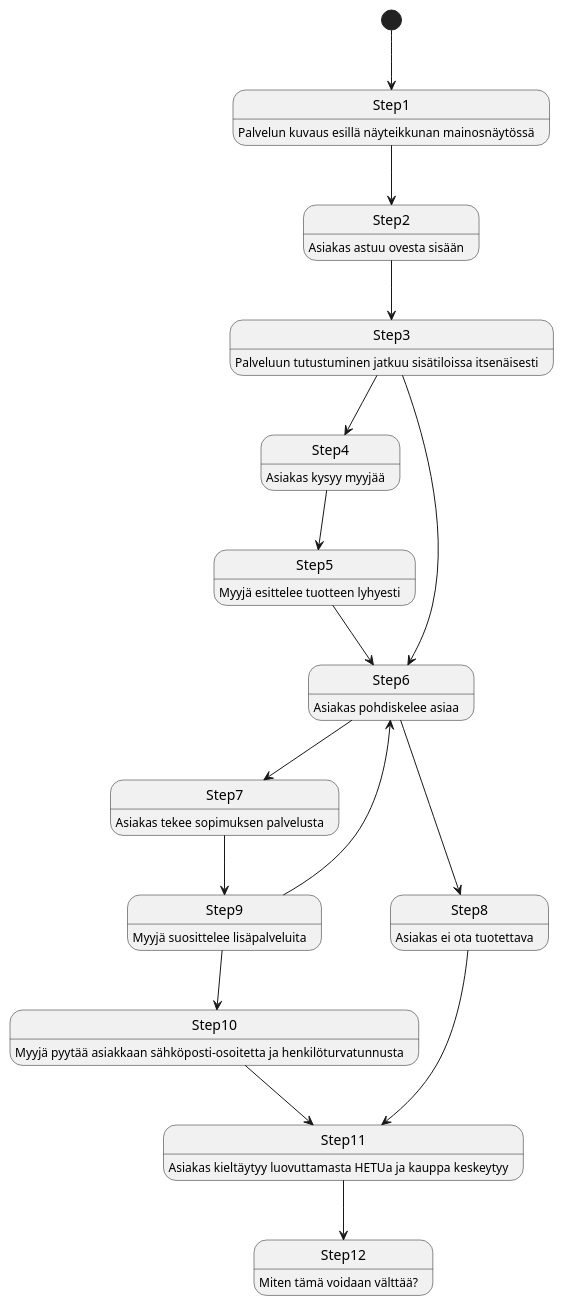
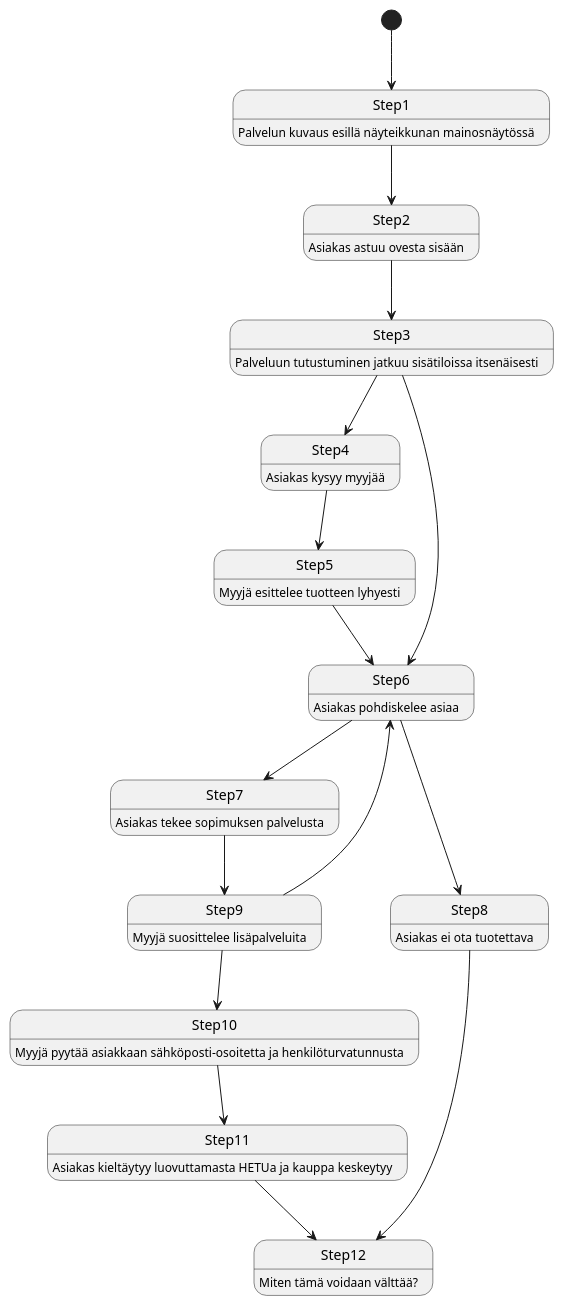
One commit to ninaleo/ransut-core changed the second of 6 diagrams in dokumentit/20-Vaatimustenhallinta/vaatimusmaaritely-tiivis.md. Above: the diagram before and after it, drawn with PlantUML.

Commit message:
pieni fixi

````diff
--- a/dokumentit/20-Vaatimustenhallinta/vaatimusmaaritely-tiivis.md
+++ b/dokumentit/20-Vaatimustenhallinta/vaatimusmaaritely-tiivis.md
@@ -95,30 +95,30 @@
 ```plantuml
 Step1: Palvelun kuvaus esillä näyteikkunan mainosnäytössä 
 Step2: Asiakas astuu ovesta sisään 
 Step3: Palveluun tutustuminen jatkuu sisätiloissa itsenäisesti
 Step4: Asiakas kysyy myyjää
 Step5: Myyjä esittelee tuotteen lyhyesti
 Step6: Asiakas pohdiskelee asiaa
 Step7: Asiakas tekee sopimuksen palvelusta
 Step8: Asiakas ei ota tuotettava
 Step9: Myyjä suosittelee lisäpalveluita
 Step10: Myyjä pyytää asiakkaan sähköposti-osoitetta ja henkilöturvatunnusta
 Step11: Asiakas kieltäytyy luovuttamasta HETUa ja kauppa keskeytyy
 Step12: Miten tämä voidaan välttää?
 
 [*] --> Step1
 Step1 --> Step2
 Step2 --> Step3
 Step3 --> Step6
 Step3 --> Step4
 Step4 --> Step5
 Step5 --> Step6
 Step6 --> Step7
 Step6 --> Step8
 Step9 --> Step6
-Step8 --> Step11
+Step8 --> Step12
 Step7 --> Step9
 Step9 --> Step10
 Step10 --> Step11
 Step11 --> Step12
 ```
````
